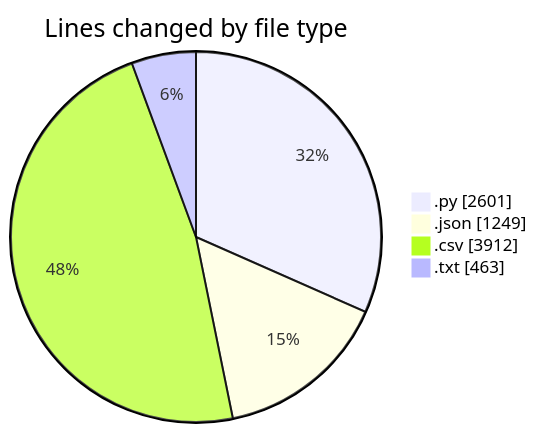
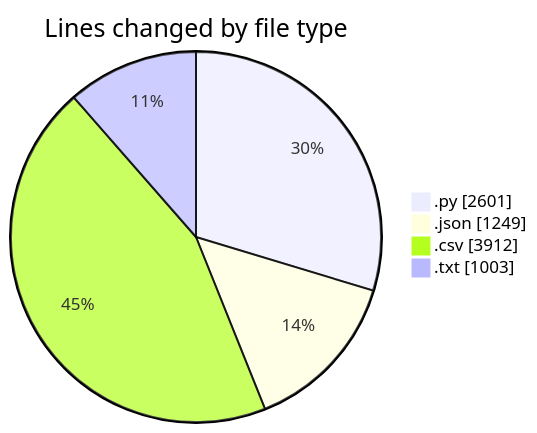
The first of 2 diagrams in 2025-07-28/refunds/README.md (EIIisD/code-tracking), drawn with Mermaid before and after one commit. The commit also changed other lines of this file and 1 other file, not shown here.

````diff
--- a/2025-07-28/refunds/README.md
+++ b/2025-07-28/refunds/README.md
@@ -27,8 +29,8 @@
 ```mermaid
 pie showData
 title Lines changed by file type
 ".py" : 2601
 ".json" : 1249
 ".csv" : 3912
-".txt" : 463
+".txt" : 1003
 ```
````
